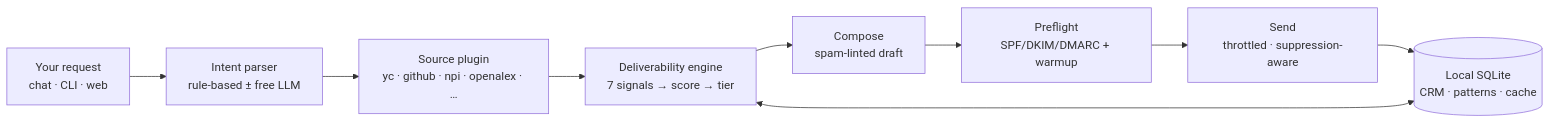
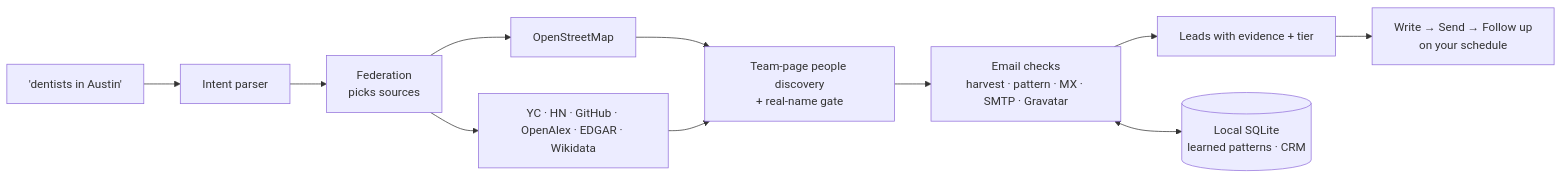
The diagram in README.md (Samyrrrrrr990/openleads), drawn with Mermaid before and after one commit. The commit also changed other lines of this file and 31 other files, not shown here.

First line of the commit message:
release prep: v4.5.0 — docs, README, GitHub Action, nightly benchmark, CI

````diff
--- a/README.md
+++ b/README.md
@@ -236,11 +165,12 @@
 ```mermaid
 flowchart LR
-    Q[Your request<br/>chat · CLI · web] --> I[Intent parser<br/>rule-based ± free LLM]
-    I --> S[Source plugin<br/>yc · github · npi · openalex · …]
-    S --> E[Deliverability engine<br/>7 signals → score → tier]
-    E --> W[Compose<br/>spam-linted draft]
-    W --> P[Preflight<br/>SPF/DKIM/DMARC + warmup]
-    P --> D[Send<br/>throttled · suppression-aware]
-    D --> C[(Local SQLite<br/>CRM · patterns · cache)]
-    E <--> C
+    Q["'dentists in Austin'"] --> P[Intent parser]
+    P --> F[Federation<br/>picks sources]
+    F --> S1[OpenStreetMap]
+    F --> S2[YC · HN · GitHub · OpenAlex · EDGAR · Wikidata]
+    S1 & S2 --> D[Team-page people discovery<br/>+ real-name gate]
+    D --> E[Email checks<br/>harvest · pattern · MX · SMTP · Gravatar]
+    E --> L[Leads with evidence + tier]
+    L --> W[Write → Send → Follow up<br/>on your schedule]
+    E <--> DB[(Local SQLite<br/>learned patterns · CRM)]
 ```
````
